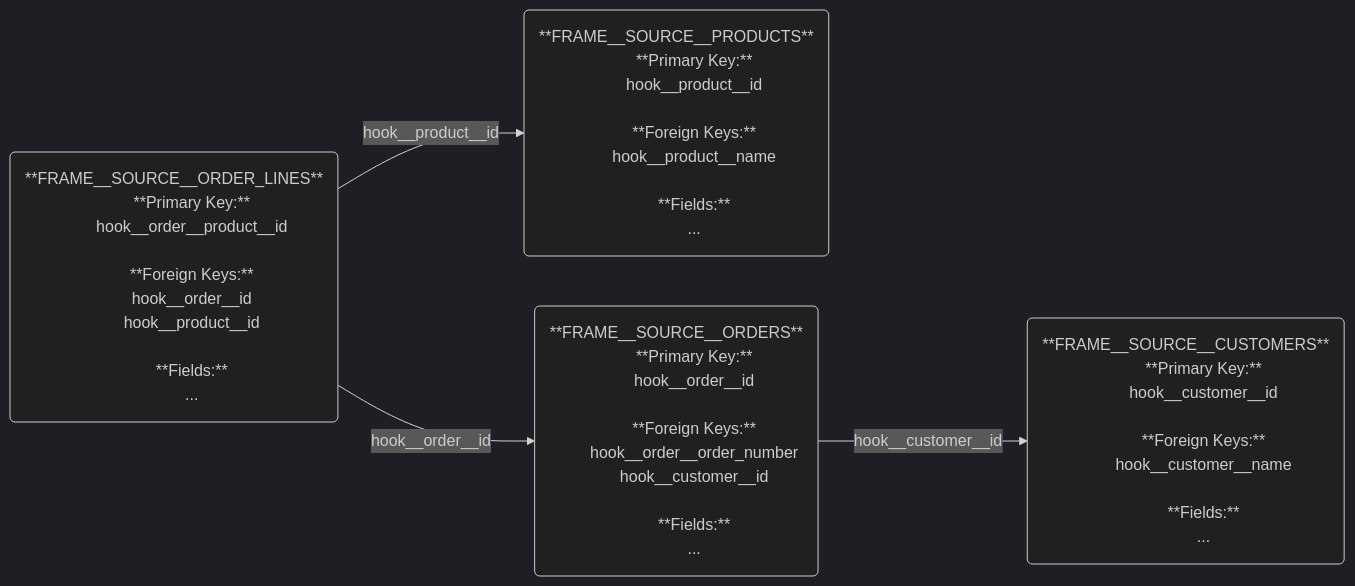
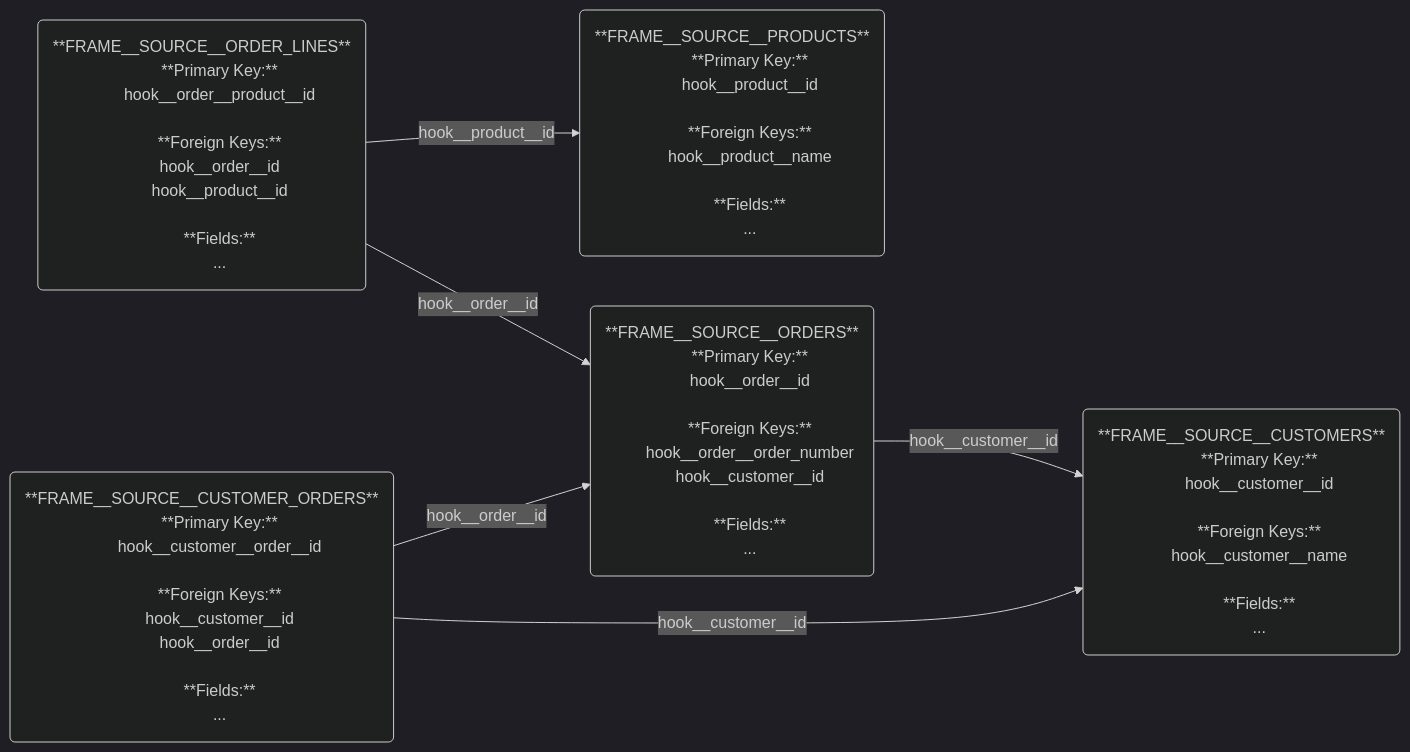
Before and after one commit to mattiasthalen/hook-forge: the first of 2 diagrams in test/fixtures/documentation.md, drawn with Mermaid (dark theme). The commit also changed other lines of this file and 1 other file, not shown here.

Commit message:
Update fixtures for documentation and uss

````diff
--- a/test/fixtures/documentation.md
+++ b/test/fixtures/documentation.md
@@ -4,59 +4,75 @@
 ```mermaid
 flowchart LR
     %% Entities
     frame__source__products("
         **FRAME__SOURCE__PRODUCTS**
         **Primary Key:**
         hook__product__id
         &nbsp;
         **Foreign Keys:**
         hook__product__name
         &nbsp;
         **Fields:**
         ...
     ")
 
     frame__source__customers("
         **FRAME__SOURCE__CUSTOMERS**
         **Primary Key:**
         hook__customer__id
         &nbsp;
         **Foreign Keys:**
         hook__customer__name
         &nbsp;
         **Fields:**
         ...
     ")
 
     frame__source__orders("
         **FRAME__SOURCE__ORDERS**
         **Primary Key:**
         hook__order__id
         &nbsp;
         **Foreign Keys:**
         hook__order__order_number
         hook__customer__id
         &nbsp;
         **Fields:**
         ...
     ")
 
     frame__source__order_lines("
         **FRAME__SOURCE__ORDER_LINES**
         **Primary Key:**
         hook__order__product__id
         &nbsp;
         **Foreign Keys:**
         hook__order__id
         hook__product__id
         &nbsp;
         **Fields:**
         ...
     ")
 
+    frame__source__customer_orders("
+        **FRAME__SOURCE__CUSTOMER_ORDERS**
+        **Primary Key:**
+        hook__customer__order__id
+        &nbsp;
+        **Foreign Keys:**
+        hook__customer__id
+        hook__order__id
+        &nbsp;
+        **Fields:**
+        ...
+    ")
+
     %% Relations
     frame__source__orders -- hook__customer__id --> frame__source__customers
 
     frame__source__order_lines -- hook__order__id --> frame__source__orders
     frame__source__order_lines -- hook__product__id --> frame__source__products
+
+    frame__source__customer_orders -- hook__customer__id --> frame__source__customers
+    frame__source__customer_orders -- hook__order__id --> frame__source__orders
 ```
````
